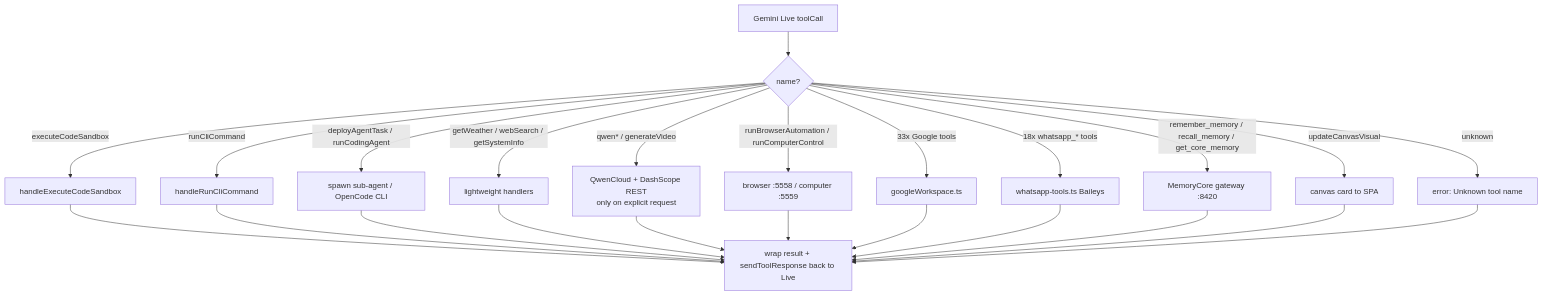
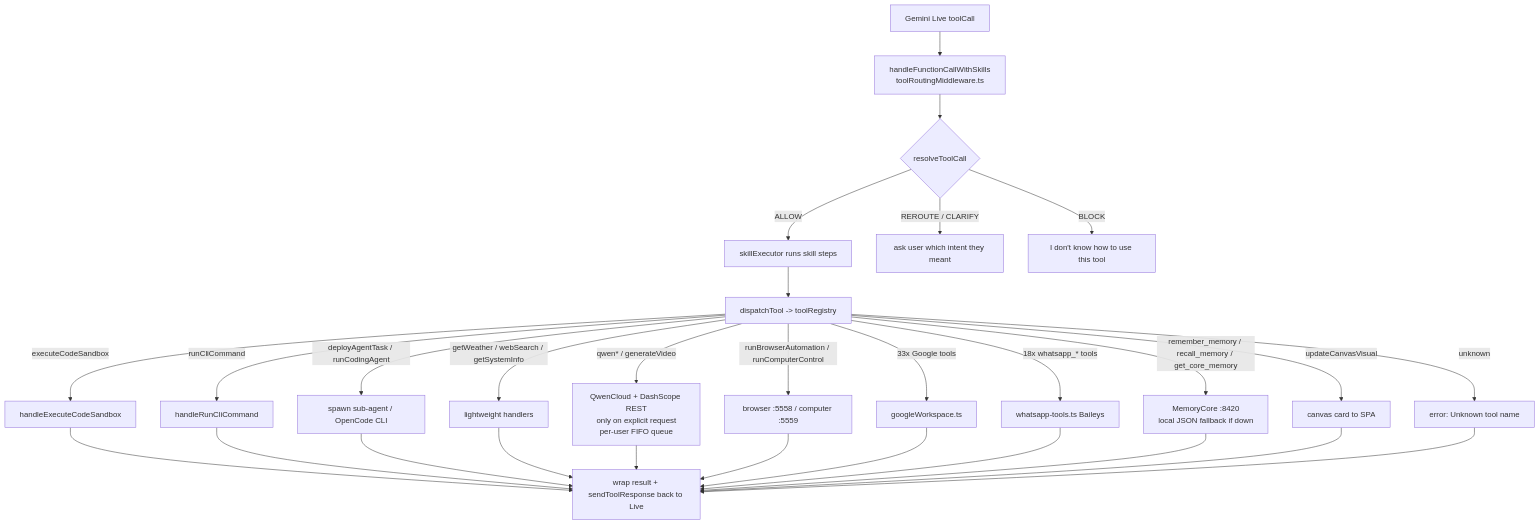
The third of 9 diagrams in APP_LOGIC.md (lovegold120221-dot/remix-beatrice-oss), drawn with Mermaid before and after one commit. The commit also changed other lines of this file and 2 other files, not shown here.

Commit message:
docs: refresh FLOW.md/APP_LOGIC.md for auth, skill routing, declarations, memory fallback, video queue, task store

````diff
--- a/APP_LOGIC.md
+++ b/APP_LOGIC.md
@@ -68,26 +74,31 @@
 ```mermaid
 flowchart TD
-    A[Gemini Live toolCall] --> B{name?}
-    B -->|executeCodeSandbox| C[handleExecuteCodeSandbox]
-    B -->|runCliCommand| D[handleRunCliCommand]
-    B -->|deployAgentTask / runCodingAgent| E[spawn sub-agent / OpenCode CLI]
-    B -->|getWeather / webSearch / getSystemInfo| F[lightweight handlers]
-    B -->|qwen* / generateVideo| G["QwenCloud + DashScope REST<br/>only on explicit request"]
-    B -->|runBrowserAutomation / runComputerControl| H[browser :5558 / computer :5559]
-    B -->|33x Google tools| I[googleWorkspace.ts]
-    B -->|18x whatsapp_* tools| J[whatsapp-tools.ts Baileys]
-    B -->|remember_memory / recall_memory / get_core_memory| K2[MemoryCore gateway :8420]
-    B -->|updateCanvasVisual| K[canvas card to SPA]
-    B -->|unknown| L[error: Unknown tool name]
-    C --> M[wrap result + sendToolResponse back to Live]
-    D --> M
-    E --> M
+    A[Gemini Live toolCall] --> B[handleFunctionCallWithSkills<br/>toolRoutingMiddleware.ts]
+    B --> C{resolveToolCall}
+    C -->|ALLOW| D[skillExecutor runs skill steps]
+    C -->|REROUTE / CLARIFY| D2[ask user which intent they meant]
+    C -->|BLOCK| D3["I don't know how to use this tool"]
+    D --> E[dispatchTool -> toolRegistry]
+    E -->|executeCodeSandbox| C1[handleExecuteCodeSandbox]
+    E -->|runCliCommand| D1[handleRunCliCommand]
+    E -->|deployAgentTask / runCodingAgent| E1[spawn sub-agent / OpenCode CLI]
+    E -->|getWeather / webSearch / getSystemInfo| F[lightweight handlers]
+    E -->|qwen* / generateVideo| G["QwenCloud + DashScope REST<br/>only on explicit request<br/>per-user FIFO queue"]
+    E -->|runBrowserAutomation / runComputerControl| H[browser :5558 / computer :5559]
+    E -->|33x Google tools| I[googleWorkspace.ts]
+    E -->|18x whatsapp_* tools| J[whatsapp-tools.ts Baileys]
+    E -->|remember_memory / recall_memory / get_core_memory| K2[MemoryCore :8420<br/>local JSON fallback if down]
+    E -->|updateCanvasVisual| K[canvas card to SPA]
+    E -->|unknown| L[error: Unknown tool name]
+    C1 --> M[wrap result + sendToolResponse back to Live]
+    D1 --> M
+    E1 --> M
     F --> M
     G --> M
     H --> M
     I --> M
     J --> M
     K2 --> M
     K --> M
     L --> M
 ```
````
